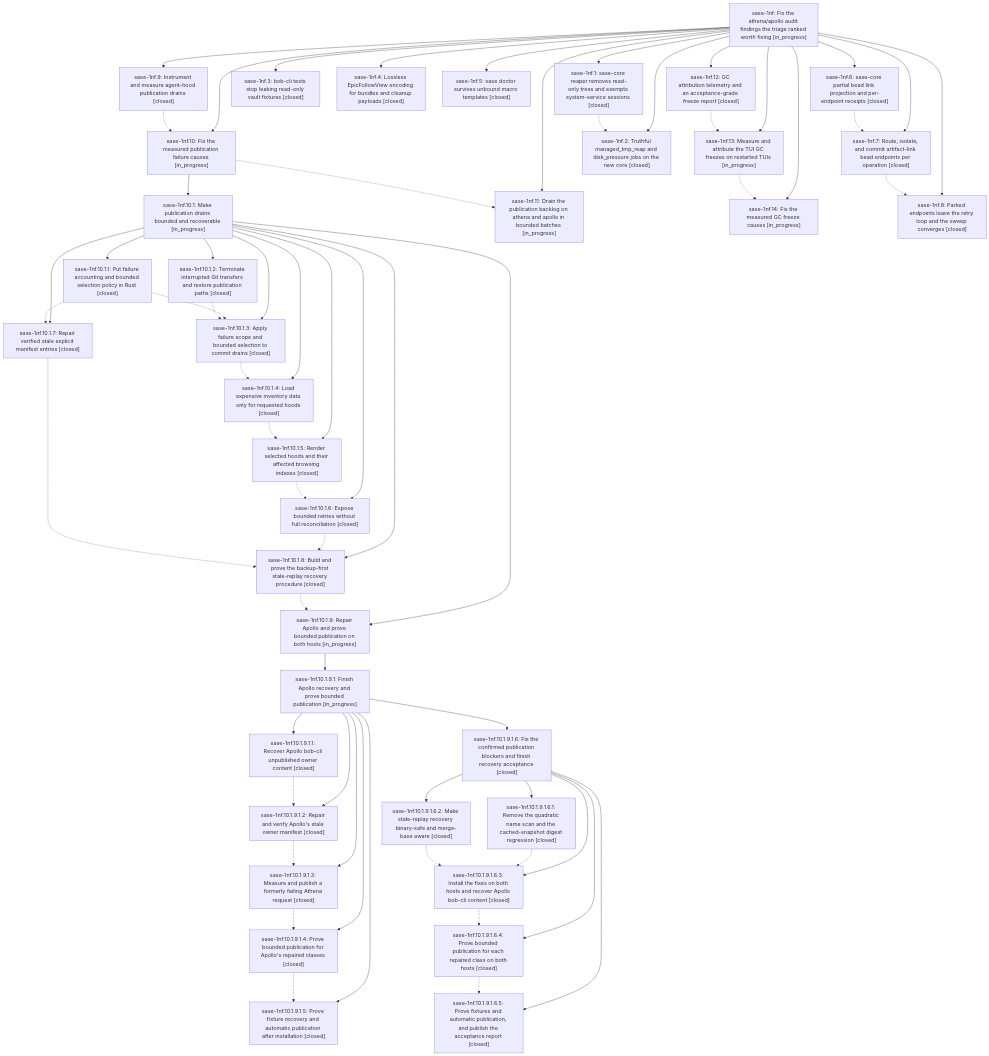
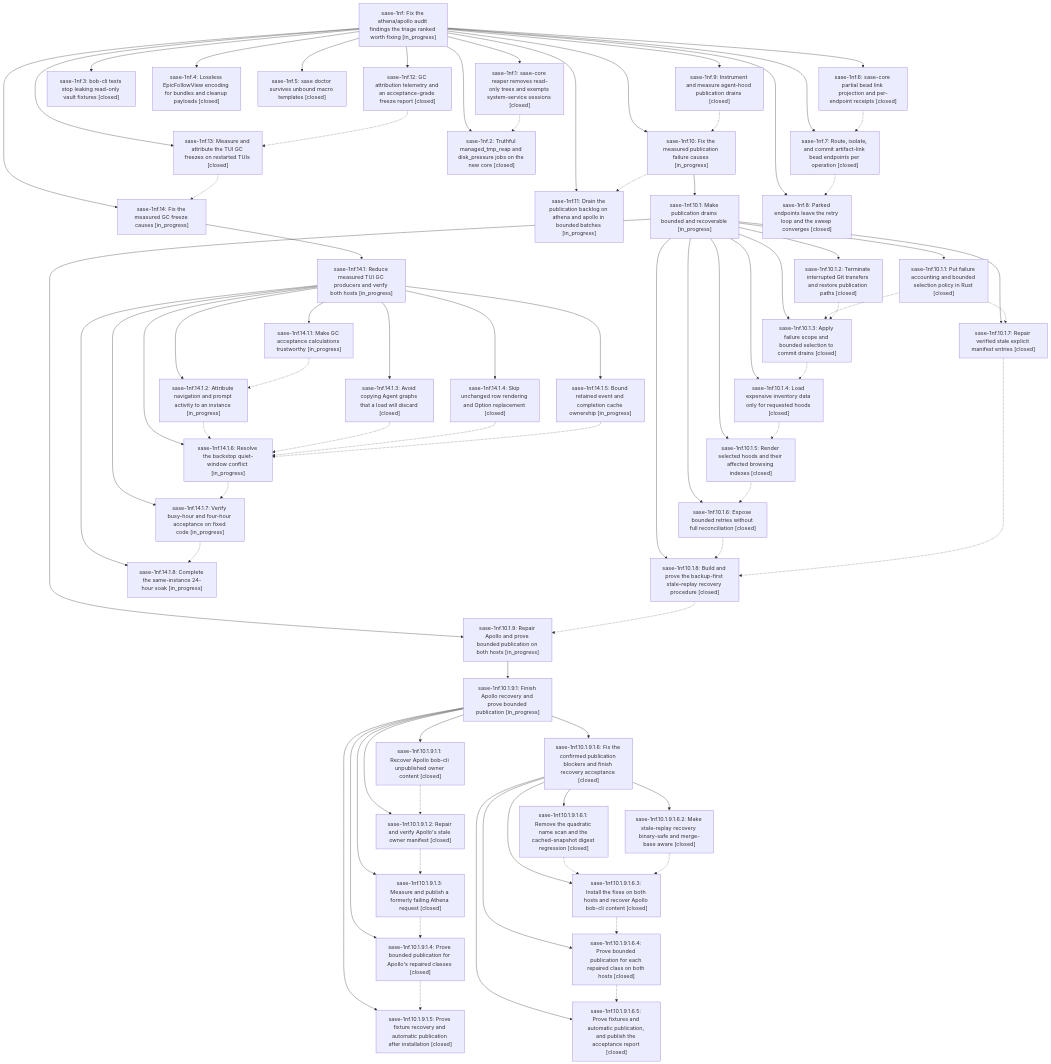
Before and after one commit to sase-org/sase--beads: the diagram in pages/sase-1nf/README.md, drawn with Mermaid. The commit also changed other lines of this file and 14 other files, not shown here.

First line of the commit message:
chore(beads): sync bead state and pages for sase-1nf

````diff
--- a/pages/sase-1nf/README.md
+++ b/pages/sase-1nf/README.md
@@ -75,16 +75,25 @@
     n24["sase-1nf.10.1.9.1.6.5: Prove fixtures and automatic publication, and publish the acceptance report [closed]"]
     n25["sase-1nf.11: Drain the publication backlog on athena and apollo in bounded batches [in_progress]"]
     n26["sase-1nf.12: GC attribution telemetry and an acceptance-grade freeze report [closed]"]
-    n27["sase-1nf.13: Measure and attribute the TUI GC freezes on restarted TUIs [in_progress]"]
+    n27["sase-1nf.13: Measure and attribute the TUI GC freezes on restarted TUIs [closed]"]
     n28["sase-1nf.14: Fix the measured GC freeze causes [in_progress]"]
-    n29["sase-1nf.2: Truthful managed_tmp_reap and disk_pressure jobs on the new core [closed]"]
-    n30["sase-1nf.3: bob-cli tests stop leaking read-only vault fixtures [closed]"]
-    n31["sase-1nf.4: Lossless EpicFollowView encoding for bundles and cleanup payloads [closed]"]
-    n32["sase-1nf.5: sase doctor survives unbound macro templates [closed]"]
-    n33["sase-1nf.6: sase-core partial bead link projection and per-endpoint receipts [closed]"]
-    n34["sase-1nf.7: Route, isolate, and commit artifact-link bead endpoints per operation [closed]"]
-    n35["sase-1nf.8: Parked endpoints leave the retry loop and the sweep converges [closed]"]
-    n36["sase-1nf.9: Instrument and measure agent-hood publication drains [closed]"]
+    n29["sase-1nf.14.1: Reduce measured TUI GC producers and verify both hosts [in_progress]"]
+    n30["sase-1nf.14.1.1: Make GC acceptance calculations trustworthy [in_progress]"]
+    n31["sase-1nf.14.1.2: Attribute navigation and prompt activity to an instance [in_progress]"]
+    n32["sase-1nf.14.1.3: Avoid copying Agent graphs that a load will discard [closed]"]
+    n33["sase-1nf.14.1.4: Skip unchanged row rendering and Option replacement [closed]"]
+    n34["sase-1nf.14.1.5: Bound retained event and completion cache ownership [in_progress]"]
+    n35["sase-1nf.14.1.6: Resolve the backstop quiet-window conflict [in_progress]"]
+    n36["sase-1nf.14.1.7: Verify busy-hour and four-hour acceptance on fixed code [in_progress]"]
+    n37["sase-1nf.14.1.8: Complete the same-instance 24-hour soak [in_progress]"]
+    n38["sase-1nf.2: Truthful managed_tmp_reap and disk_pressure jobs on the new core [closed]"]
+    n39["sase-1nf.3: bob-cli tests stop leaking read-only vault fixtures [closed]"]
+    n40["sase-1nf.4: Lossless EpicFollowView encoding for bundles and cleanup payloads [closed]"]
+    n41["sase-1nf.5: sase doctor survives unbound macro templates [closed]"]
+    n42["sase-1nf.6: sase-core partial bead link projection and per-endpoint receipts [closed]"]
+    n43["sase-1nf.7: Route, isolate, and commit artifact-link bead endpoints per operation [closed]"]
+    n44["sase-1nf.8: Parked endpoints leave the retry loop and the sweep converges [closed]"]
+    n45["sase-1nf.9: Instrument and measure agent-hood publication drains [closed]"]
     n0 --> n1
     n0 --> n2
     n2 --> n3
@@ -113,15 +122,24 @@
     n0 --> n26
     n0 --> n27
     n0 --> n28
-    n0 --> n29
-    n0 --> n30
-    n0 --> n31
-    n0 --> n32
-    n0 --> n33
-    n0 --> n34
-    n0 --> n35
-    n0 --> n36
-    n1 -.-> n29
+    n28 --> n29
+    n29 --> n30
+    n29 --> n31
+    n29 --> n32
+    n29 --> n33
+    n29 --> n34
+    n29 --> n35
+    n29 --> n36
+    n29 --> n37
+    n0 --> n38
+    n0 --> n39
+    n0 --> n40
+    n0 --> n41
+    n0 --> n42
+    n0 --> n43
+    n0 --> n44
+    n0 --> n45
+    n1 -.-> n38
     n2 -.-> n25
     n4 -.-> n6
     n4 -.-> n10
@@ -142,7 +160,14 @@
     n23 -.-> n24
     n26 -.-> n27
     n27 -.-> n28
-    n33 -.-> n34
+    n30 -.-> n31
+    n31 -.-> n35
+    n32 -.-> n35
+    n33 -.-> n35
     n34 -.-> n35
-    n36 -.-> n2
+    n35 -.-> n36
+    n36 -.-> n37
+    n42 -.-> n43
+    n43 -.-> n44
+    n45 -.-> n2
 ```
````
